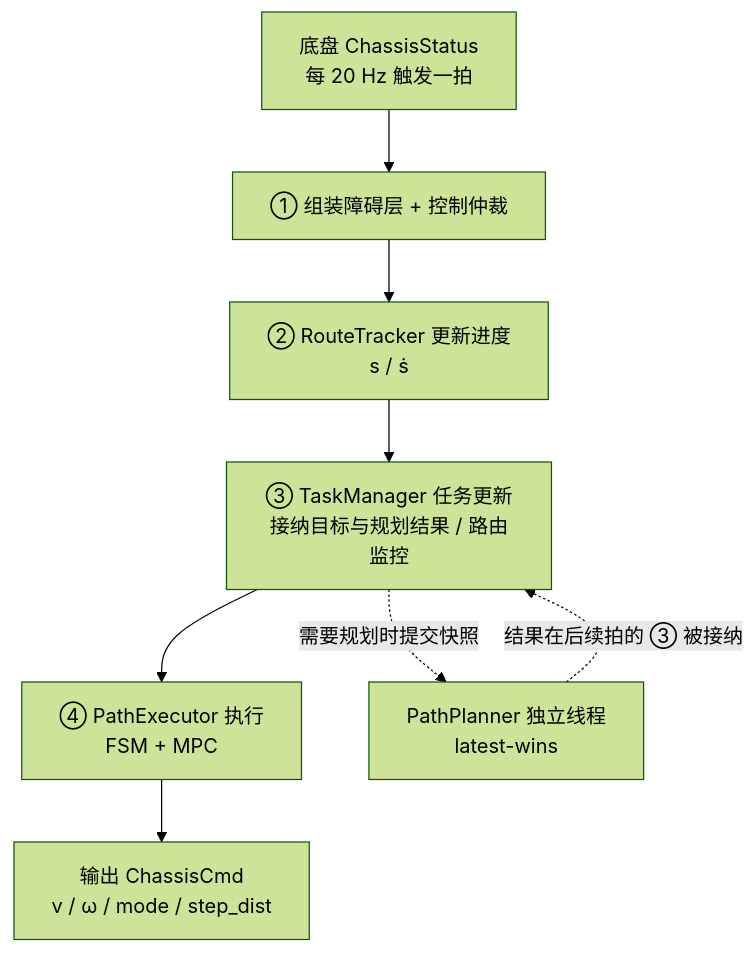
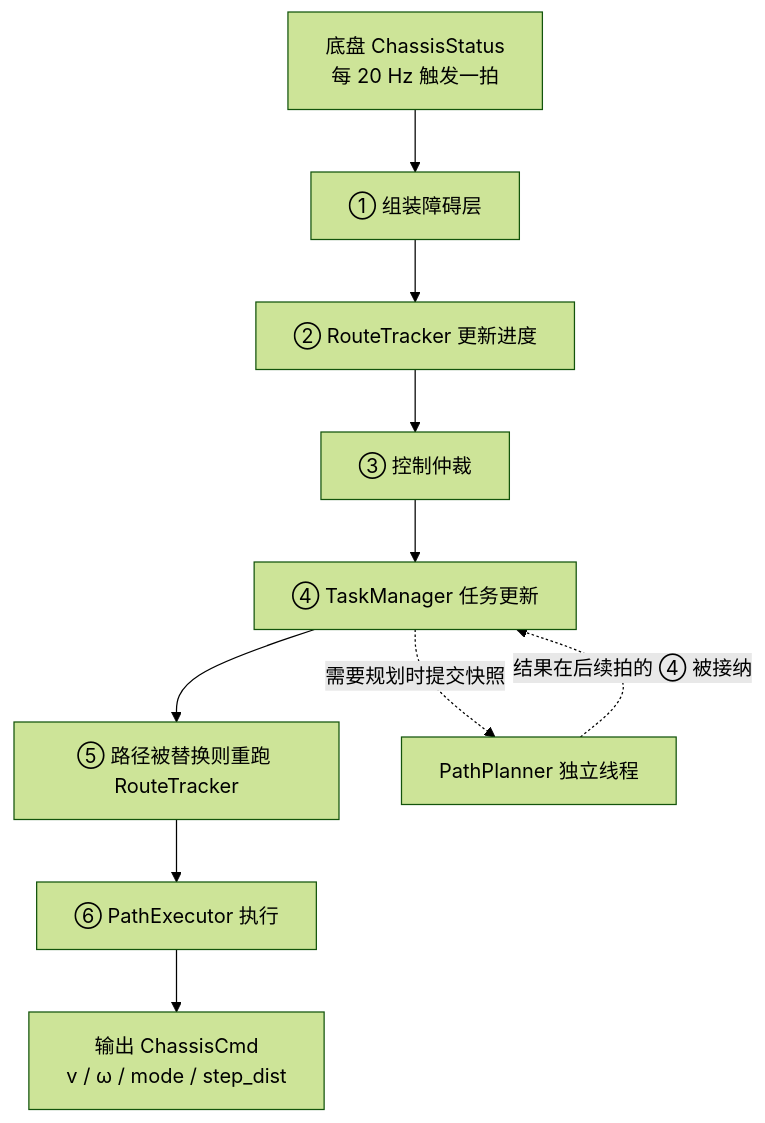
One commit to Polyacetone/HWSentryNav26 changed the fourth of 6 diagrams in DESIGN.md. Above: the diagram before and after it, drawn with Mermaid (forest theme). The commit also changed other lines of this file and 4 other files, not shown here.

````diff
--- a/DESIGN.md
+++ b/DESIGN.md
@@ -175,11 +174,12 @@
 ```mermaid
 flowchart TD
-    CH[底盘 ChassisStatus<br/>每 20 Hz 触发一拍] --> A[① 组装障碍层 + 控制仲裁]
-    A --> B[② RouteTracker 更新进度<br/>s / ṡ]
-    B --> C[③ TaskManager 任务更新<br/>接纳目标与规划结果 / 路由监控]
-    C --> D[④ PathExecutor 执行<br/>FSM + MPC]
-    D --> E[输出 ChassisCmd<br/>v / ω / mode / step_dist]
-
-    C -.需要规划时提交快照.-> PL[PathPlanner 独立线程<br/>latest-wins]
-    PL -.结果在后续拍的 ③ 被接纳.-> C
+    CH[底盘 ChassisStatus<br/>每 20 Hz 触发一拍] --> A[① 组装障碍层]
+    A --> B[② RouteTracker 更新进度]
+    B --> C[③ 控制仲裁]
+    C --> D[④ TaskManager 任务更新]
+    D --> E[⑤ 路径被替换则重跑 RouteTracker]
+    E --> F[⑥ PathExecutor 执行]
+    F --> G[输出 ChassisCmd<br/>v / ω / mode / step_dist]
+    D -.需要规划时提交快照.-> PL[PathPlanner 独立线程]
+    PL -.结果在后续拍的 ④ 被接纳.-> D
 ```
````
